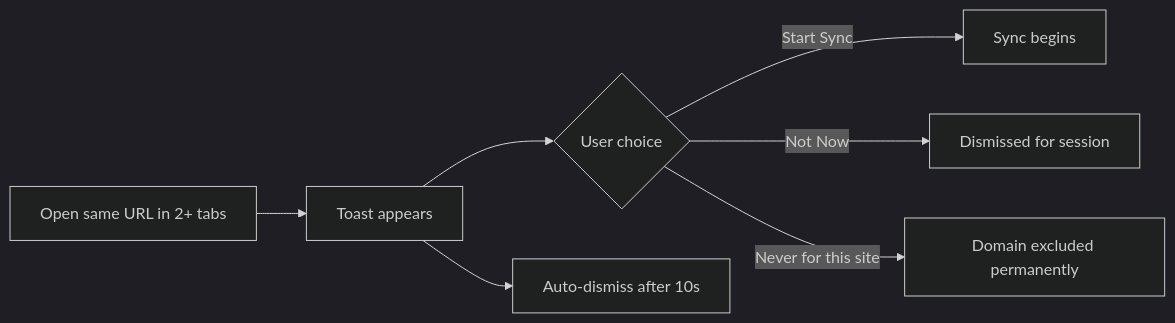
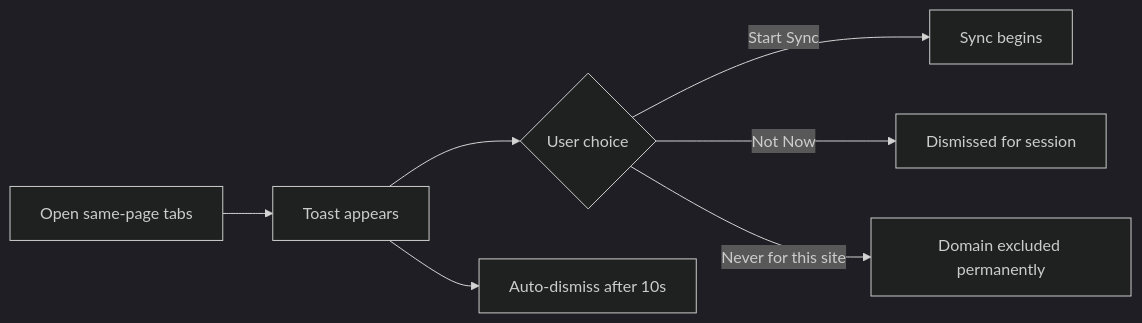
The third of 4 diagrams in README.md (jaem1n207/synchronize-tab-scrolling), drawn with Mermaid (dark theme) before and after one commit. The commit also changed other lines of this file and 2 other files, not shown here.

Commit message:
docs: clarify URL sync product copy

````diff
--- a/README.md
+++ b/README.md
@@ -160,9 +171,9 @@
 ```mermaid
 flowchart LR
-    A[Open same URL in 2+ tabs] --> B[Toast appears]
+    A[Open same-page tabs] --> B[Toast appears]
     B --> C{User choice}
     C -->|Start Sync| D[Sync begins]
     C -->|Not Now| E[Dismissed for session]
     C -->|Never for this site| F[Domain excluded permanently]
     B --> G[Auto-dismiss after 10s]
 ```
````
